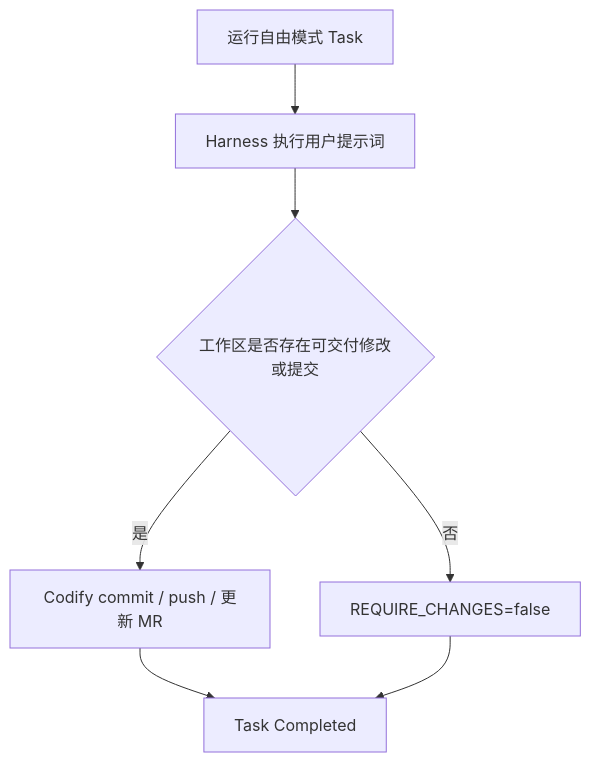
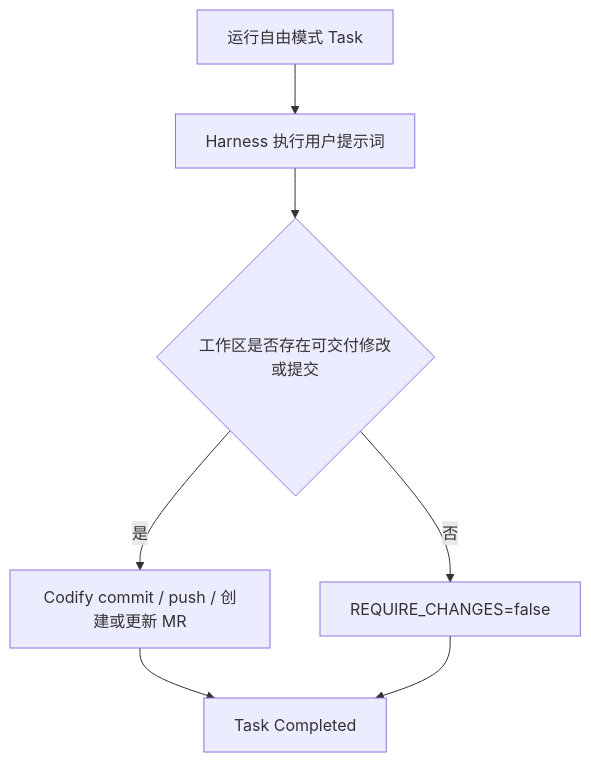
Before and after one commit to EeeMt/gitlab-issue-to-mr: the second of 3 diagrams in docs/superpowers/specs/2026-08-14-task-freeform-mode-design.md, drawn with Mermaid. The commit also changed other lines of this file, not shown here.

````diff
--- a/docs/superpowers/specs/2026-08-14-task-freeform-mode-design.md
+++ b/docs/superpowers/specs/2026-08-14-task-freeform-mode-design.md
@@ -568,9 +580,9 @@
 ```mermaid
 flowchart TD
     P["运行自由模式 Task"] --> H["Harness 执行用户提示词"]
     H --> C{"工作区是否存在可交付修改或提交"}
-    C -->|是| D["Codify commit / push / 更新 MR"]
+    C -->|是| D["Codify commit / push / 创建或更新 MR"]
     D --> S["Task Completed"]
     C -->|否| N["REQUIRE_CHANGES=false"]
     N --> S
 ```
````
